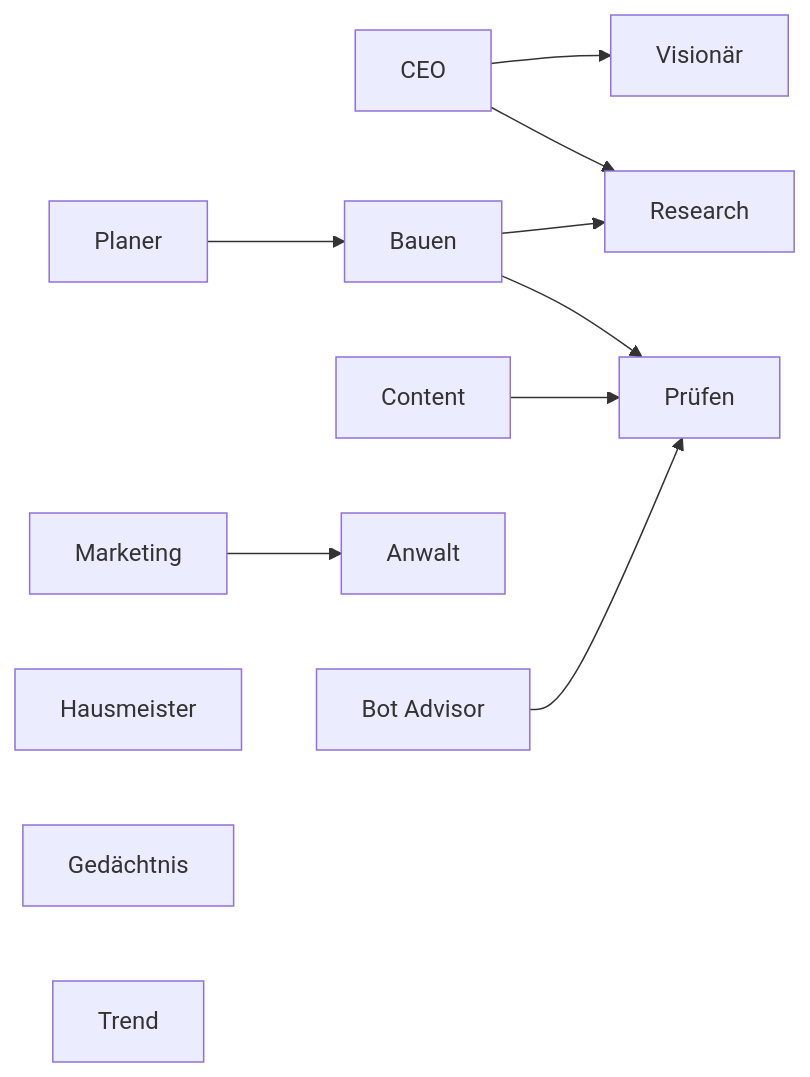
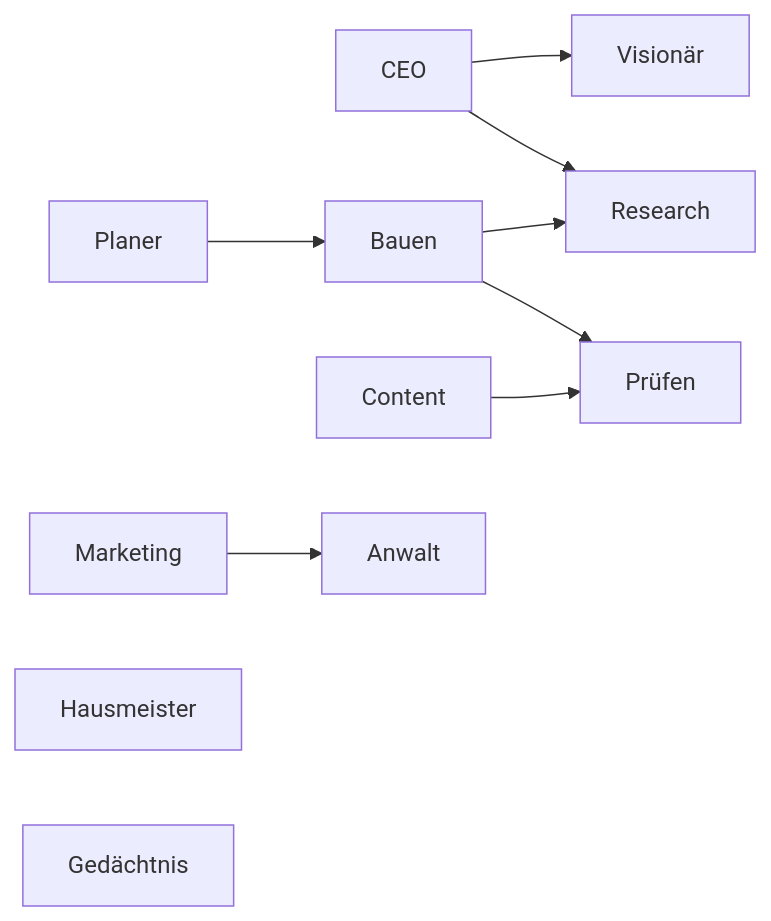
One commit to siinanXD/Leitstand changed the diagram in docs/ABLAUF.md. Above: the diagram before and after it, drawn with Mermaid. The commit also changed other lines of this file and 22 other files, not shown here.

First line of the commit message:
chore(rollen): Trend und Bot Advisor stillgelegt, Proben pausierter Rollen entfernt (SIN-958)

````diff
--- a/docs/ABLAUF.md
+++ b/docs/ABLAUF.md
@@ -5,24 +5,21 @@
 ```mermaid
 flowchart LR
   ceo["CEO"]
   visionaer["Visionär"]
   planer["Planer"]
   research["Research"]
   bauen["Bauen"]
   pruefen["Prüfen"]
   content["Content"]
   marketing["Marketing"]
   hausmeister["Hausmeister"]
   anwalt["Anwalt"]
   gedaechtnis["Gedächtnis"]
-  botadvisor["Bot Advisor"]
-  trend["Trend"]
   ceo --> research
   ceo --> visionaer
   planer --> bauen
   bauen --> pruefen
   bauen --> research
   content --> pruefen
   marketing --> anwalt
-  botadvisor --> pruefen
 ```
````
